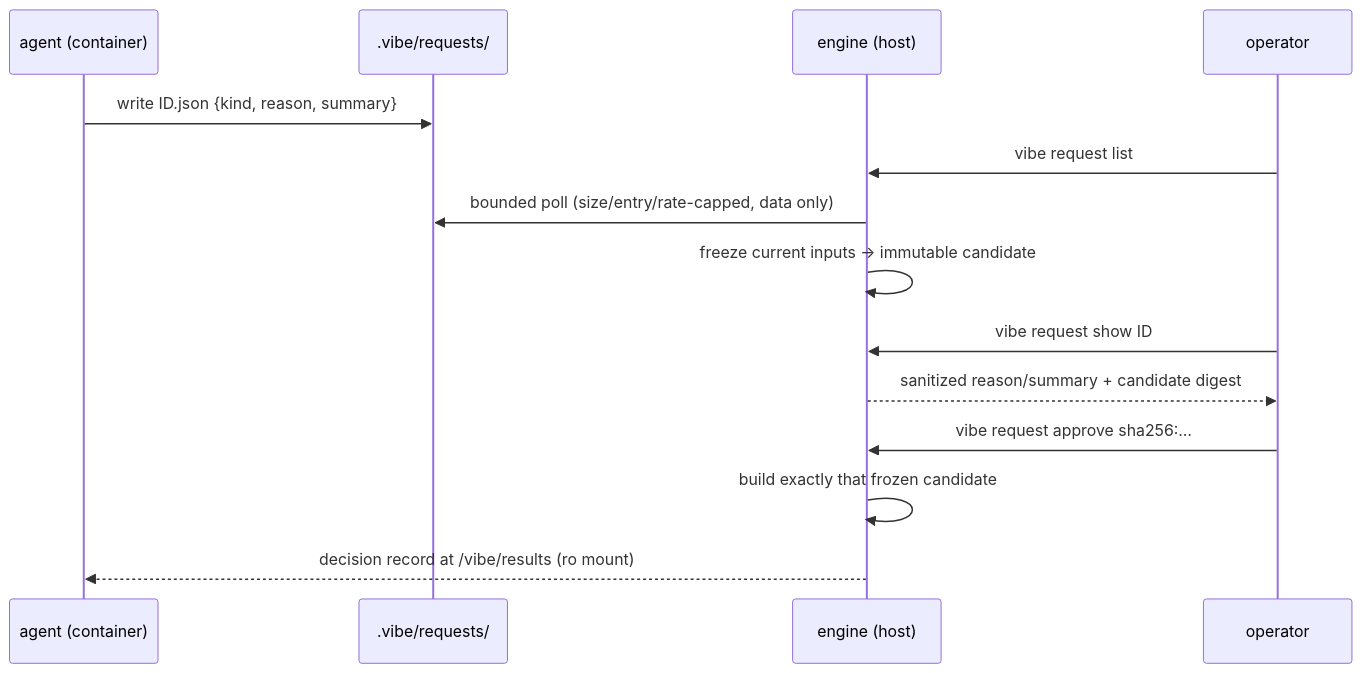
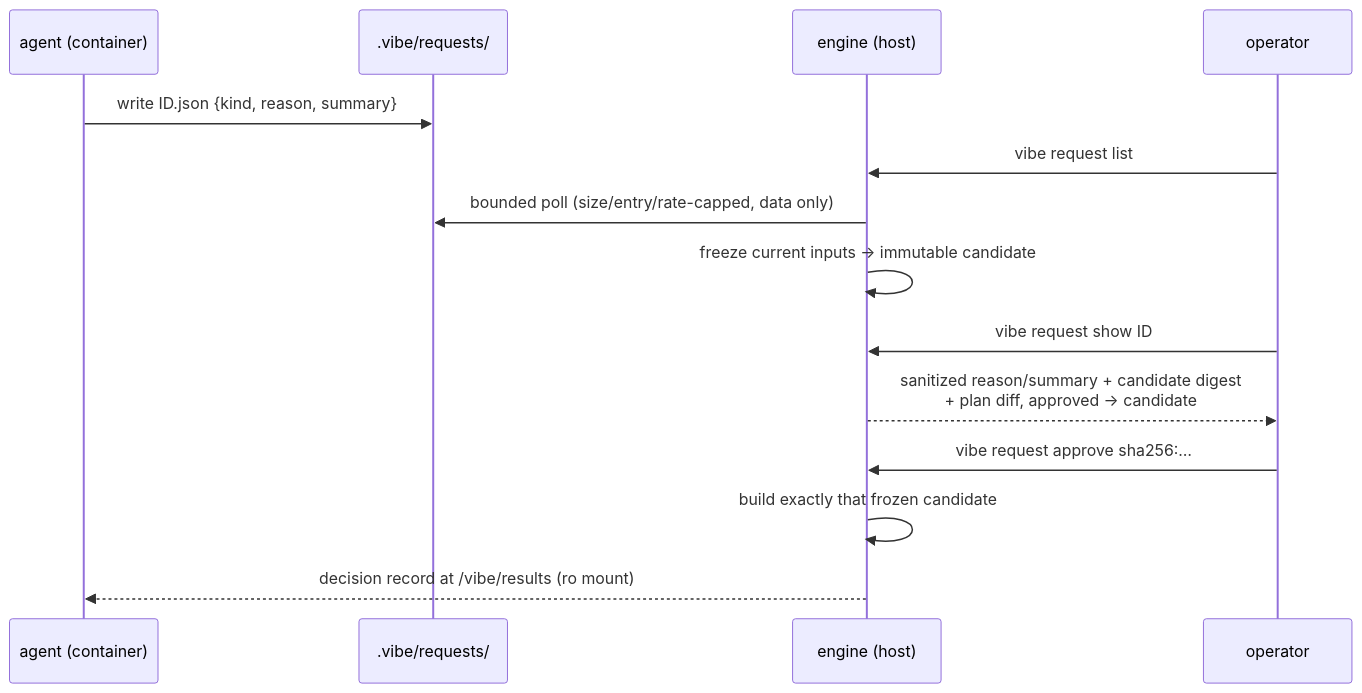
One commit to chrisdruta/vibe-tui-box changed the third of 4 diagrams in docs/architecture.md. Above: the diagram before and after it, drawn with Mermaid. The commit also changed other lines of this file and 23 other files, not shown here.

First line of the commit message:
engine: store gc, plan diff in approvals, fuzz targets (roadmap R4)

````diff
--- a/docs/architecture.md
+++ b/docs/architecture.md
@@ -247,17 +253,17 @@
 ```mermaid
 sequenceDiagram
     participant A as agent (container)
     participant W as .vibe/requests/
     participant E as engine (host)
     participant O as operator
 
     A->>W: write ID.json {kind, reason, summary}
     O->>E: vibe request list
     E->>W: bounded poll (size/entry/rate-capped, data only)
     E->>E: freeze current inputs → immutable candidate
     O->>E: vibe request show ID
-    E-->>O: sanitized reason/summary + candidate digest
+    E-->>O: sanitized reason/summary + candidate digest<br/>+ plan diff, approved → candidate
     O->>E: vibe request approve sha256:…
     E->>E: build exactly that frozen candidate
     E-->>A: decision record at /vibe/results (ro mount)
 ```
````
